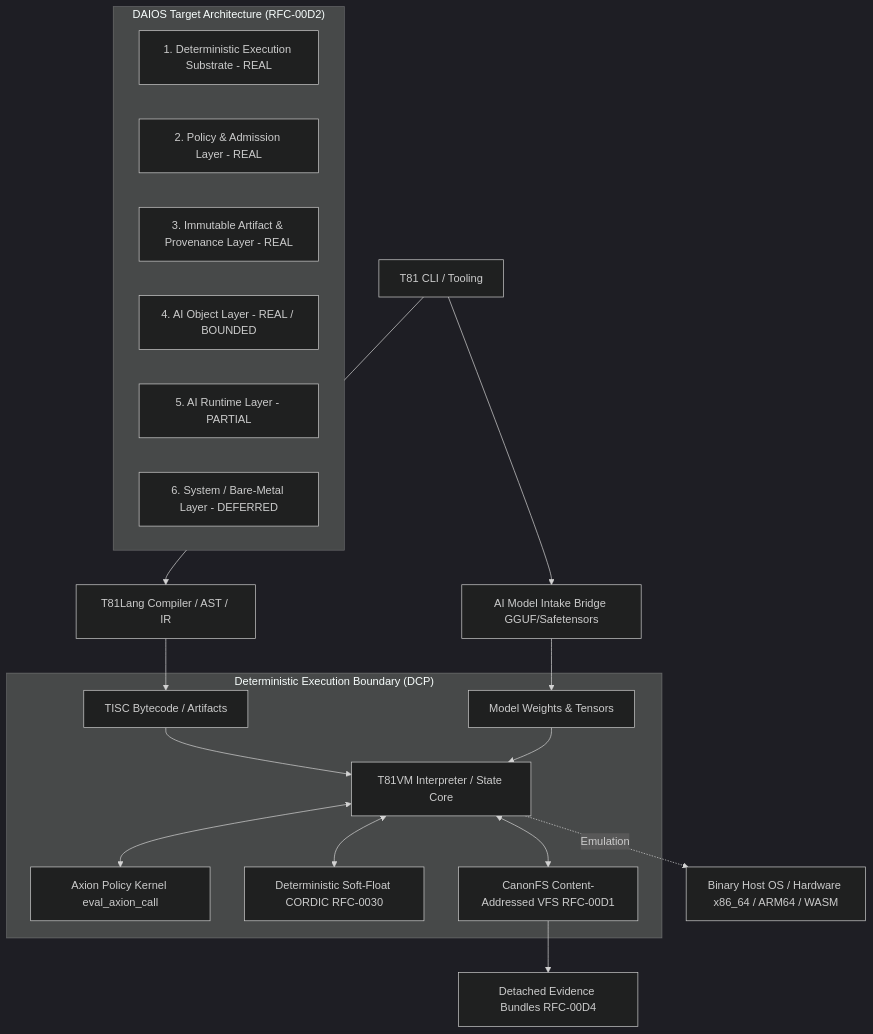
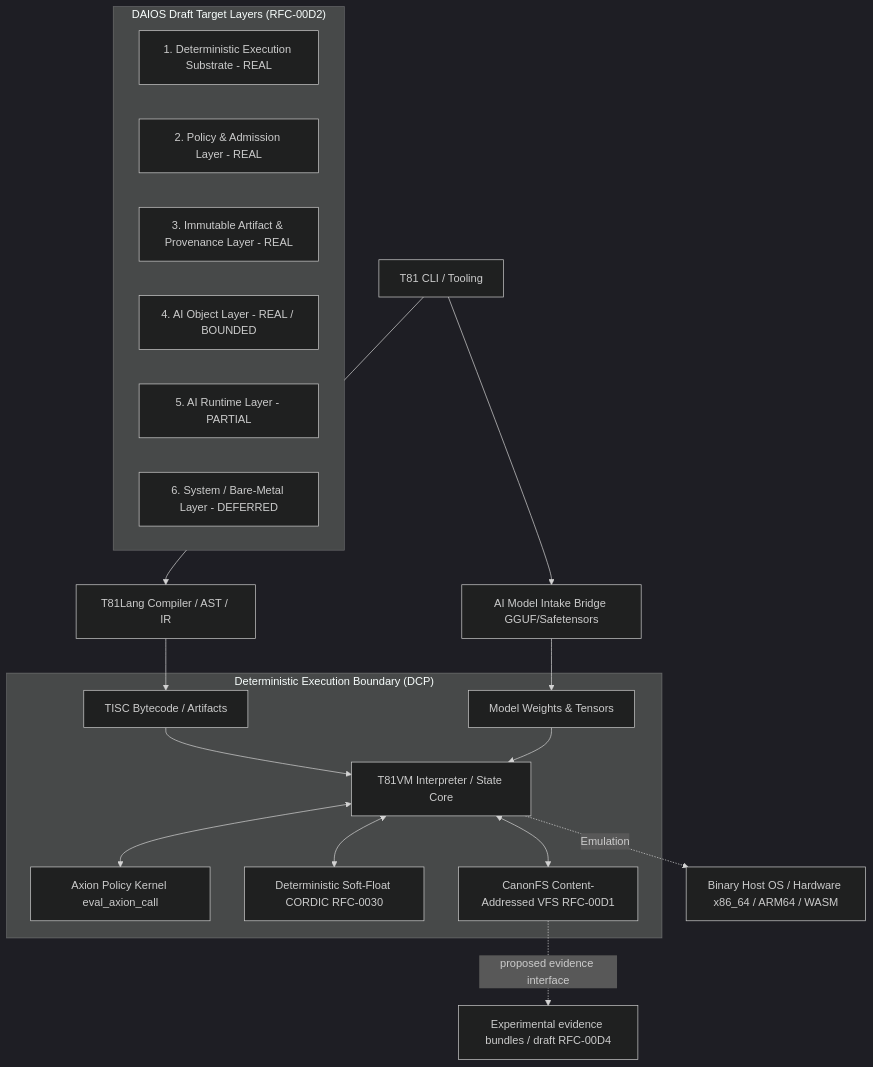
Before and after one commit to t81dev/t81-foundation: the diagram in docs/ai-context/SYSTEM_ARCHITECTURE.md, drawn with Mermaid (dark theme). The commit also changed other lines of this file and 5 other files, not shown here.

````diff
--- a/docs/ai-context/SYSTEM_ARCHITECTURE.md
+++ b/docs/ai-context/SYSTEM_ARCHITECTURE.md
@@ -14,30 +14,30 @@
 ```mermaid
 graph TD
     UserCLI[T81 CLI / Tooling] --> T81Lang[T81Lang Compiler / AST / IR]
     UserCLI --> AIBridge[AI Model Intake Bridge GGUF/Safetensors]
 
     T81Lang --> TISCBytecode[TISC Bytecode / Artifacts]
     AIBridge --> ModelTensors[Model Weights & Tensors]
 
     subgraph "Deterministic Execution Boundary (DCP)"
         TISCBytecode --> T81VM[T81VM Interpreter / State Core]
         ModelTensors --> T81VM
 
         T81VM <--> AxionEngine[Axion Policy Kernel eval_axion_call]
         T81VM <--> SoftFloat[Deterministic Soft-Float CORDIC RFC-0030]
         T81VM <--> CanonFS[CanonFS Content-Addressed VFS RFC-00D1]
     end
 
-    CanonFS --> Evidence[Detached Evidence Bundles RFC-00D4]
+    CanonFS -. proposed evidence interface .-> Evidence[Experimental evidence bundles / draft RFC-00D4]
 
-    subgraph "DAIOS Target Architecture (RFC-00D2)"
+    subgraph "DAIOS Draft Target Layers (RFC-00D2)"
         L1[1. Deterministic Execution Substrate - REAL]
         L2[2. Policy & Admission Layer - REAL]
         L3[3. Immutable Artifact & Provenance Layer - REAL]
         L4[4. AI Object Layer - REAL / BOUNDED]
         L5[5. AI Runtime Layer - PARTIAL]
         L6[6. System / Bare-Metal Layer - DEFERRED]
     end
 
     T81VM -. Emulation .-> BinaryHost[Binary Host OS / Hardware x86_64 / ARM64 / WASM]
 ```
````
